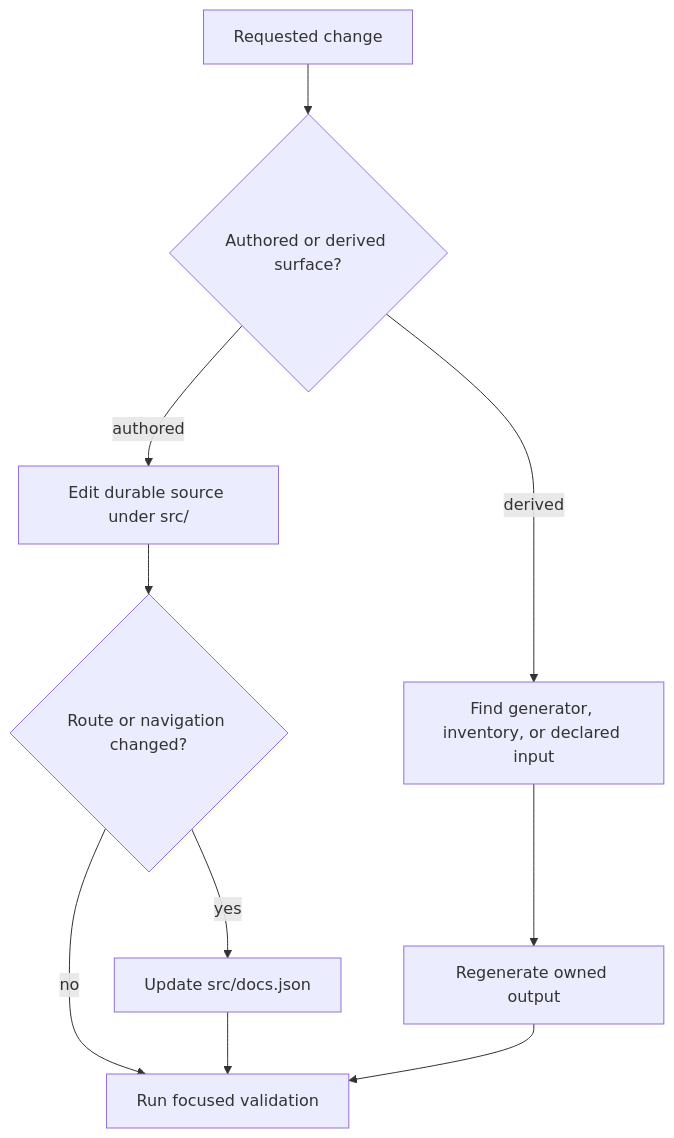
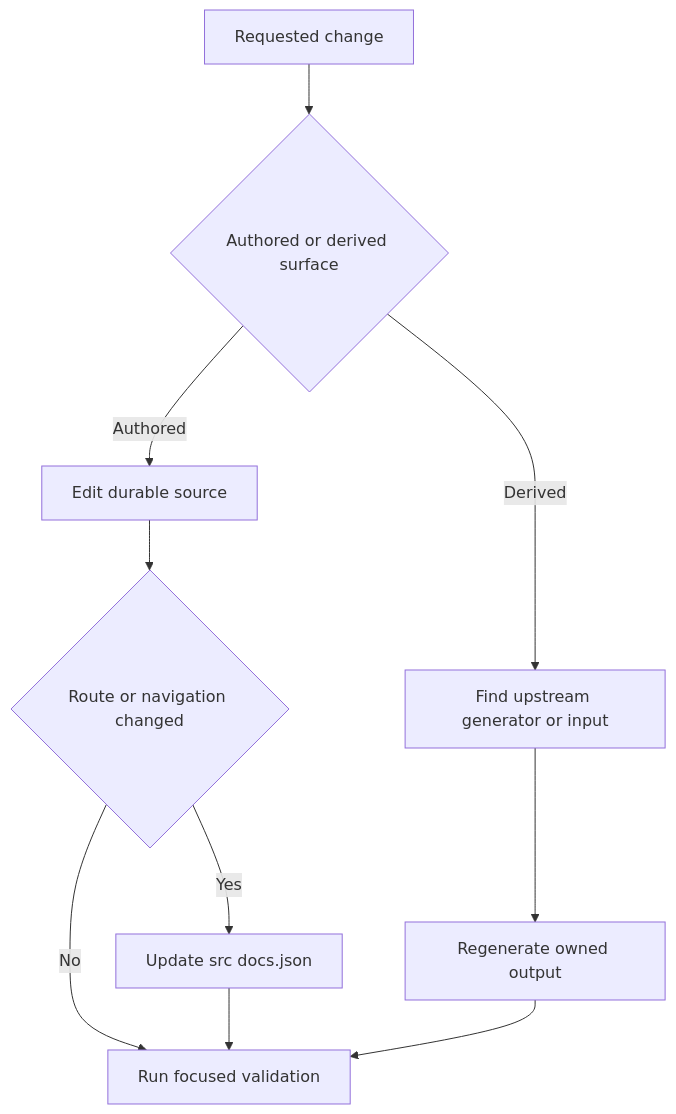
The diagram in openwiki/quickstart.md (langchain-ai/docs), drawn with Mermaid before and after one commit. The commit also changed other lines of this file and 47 other files, not shown here.

````diff
--- a/openwiki/quickstart.md
+++ b/openwiki/quickstart.md
@@ -65,12 +51,12 @@
 ```mermaid
 flowchart TD
-  Request["Requested change"] --> Surface{"Authored or derived surface?"}
-  Surface -->|"authored"| Source["Edit durable source under src/"]
-  Surface -->|"derived"| Owner["Find generator, inventory, or declared input"]
-  Source --> Navigation{"Route or navigation changed?"}
-  Navigation -->|"yes"| DocsJson["Update src/docs.json"]
-  Navigation -->|"no"| Check["Run focused validation"]
-  DocsJson --> Check
+  Request["Requested change"] --> Surface{"Authored or derived surface"}
+  Surface -->|"Authored"| Source["Edit durable source"]
+  Surface -->|"Derived"| Owner["Find upstream generator or input"]
+  Source --> Nav{"Route or navigation changed"}
+  Nav -->|"Yes"| Config["Update src docs.json"]
+  Nav -->|"No"| Check["Run focused validation"]
+  Config --> Check
   Owner --> Regenerate["Regenerate owned output"]
   Regenerate --> Check
 ```
````
